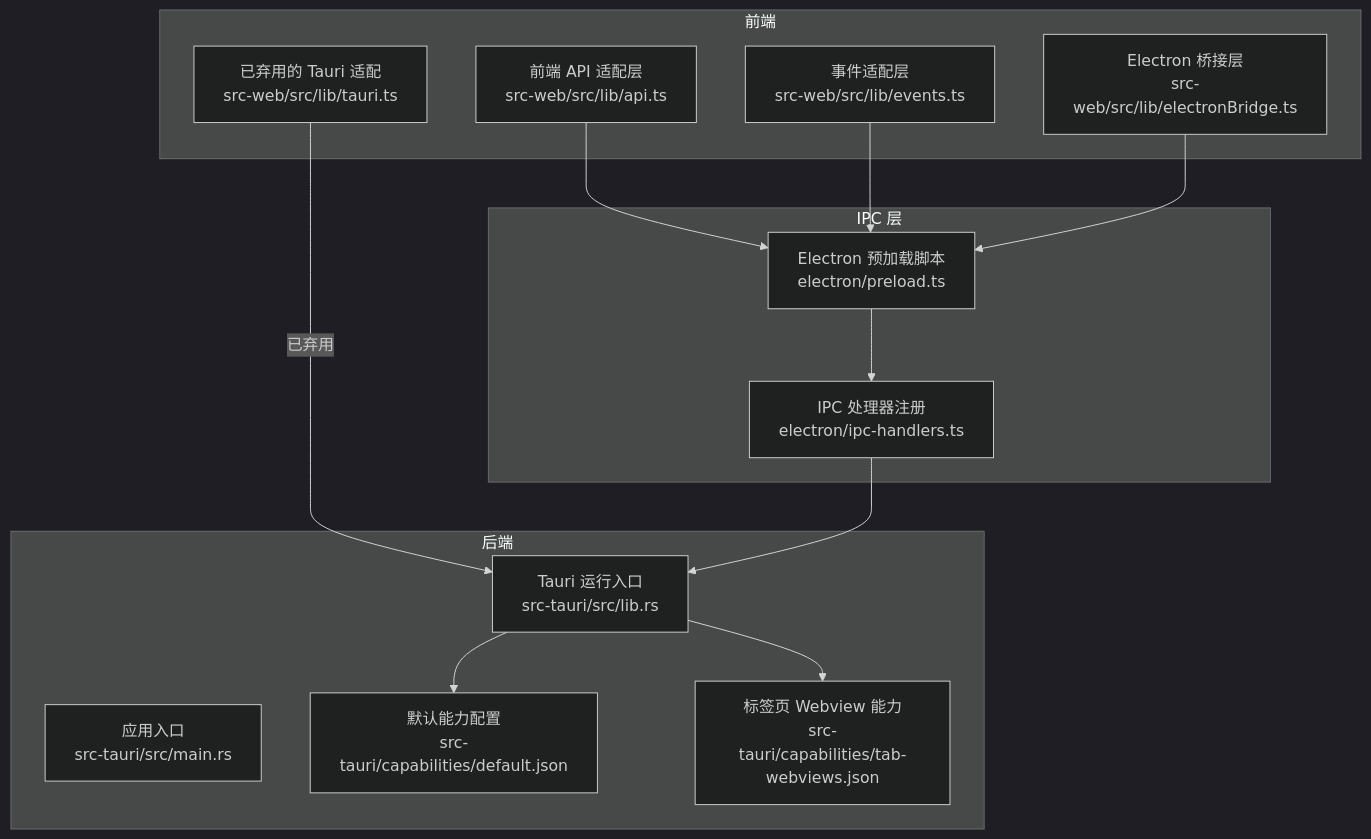
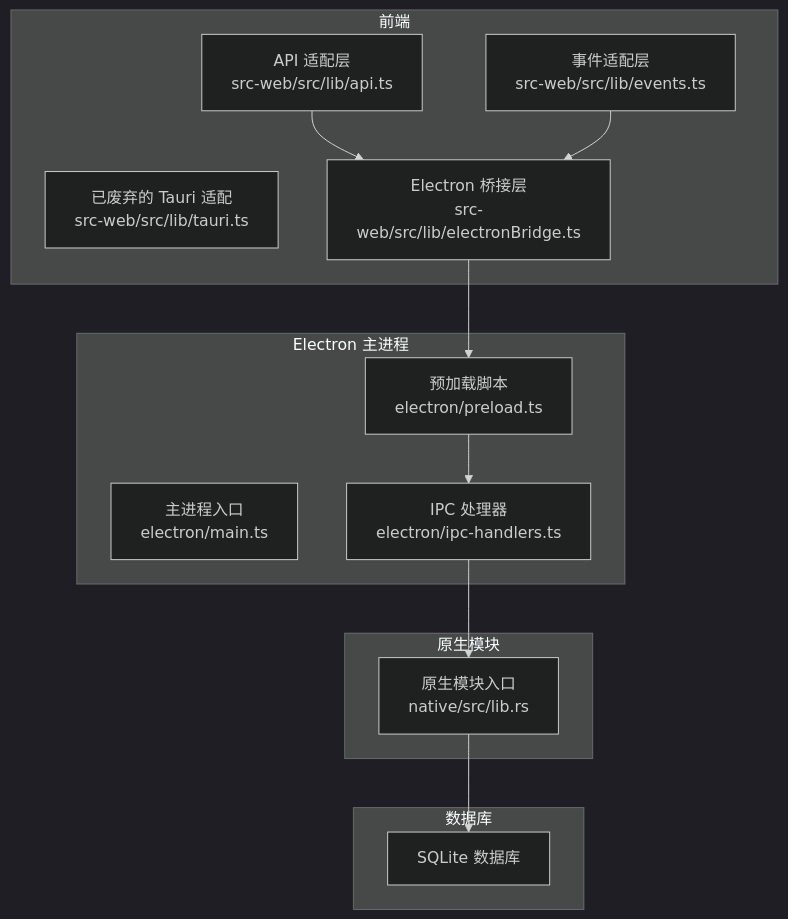
One commit to baike08/cosurf changed the first of 8 diagrams in .qoder/repowiki/zh/content/IPC 通信/Tauri IPC 机制.md. Above: the diagram before and after it, drawn with Mermaid (dark theme). The commit also changed other lines of this file and 15 other files, not shown here.

````diff
--- a/.qoder/repowiki/zh/content/IPC 通信/Tauri IPC 机制.md
+++ b/.qoder/repowiki/zh/content/IPC 通信/Tauri IPC 机制.md
@@ -42,27 +44,26 @@
 ```mermaid
 graph TB
 subgraph "前端"
-FE_API["前端 API 适配层<br/>src-web/src/lib/api.ts"]
+FE_API["API 适配层<br/>src-web/src/lib/api.ts"]
 FE_EVENTS["事件适配层<br/>src-web/src/lib/events.ts"]
-FE_TAURI["已弃用的 Tauri 适配<br/>src-web/src/lib/tauri.ts"]
+FE_TAURI["已废弃的 Tauri 适配<br/>src-web/src/lib/tauri.ts"]
 FE_ELECTRON["Electron 桥接层<br/>src-web/src/lib/electronBridge.ts"]
 end
-subgraph "后端"
-Tauri_RUN["Tauri 运行入口<br/>src-tauri/src/lib.rs"]
-MAIN["应用入口<br/>src-tauri/src/main.rs"]
-CAP_DEFAULT["默认能力配置<br/>src-tauri/capabilities/default.json"]
-CAP_TAB["标签页 Webview 能力<br/>src-tauri/capabilities/tab-webviews.json"]
+subgraph "Electron 主进程"
+MAIN["主进程入口<br/>electron/main.ts"]
+PRELOAD["预加载脚本<br/>electron/preload.ts"]
+IPC_HANDLERS["IPC 处理器<br/>electron/ipc-handlers.ts"]
 end
-subgraph "IPC 层"
-E_PRELOAD["Electron 预加载脚本<br/>electron/preload.ts"]
-E_HANDLERS["IPC 处理器注册<br/>electron/ipc-handlers.ts"]
+subgraph "原生模块"
+NATIVE_LIB["原生模块入口<br/>native/src/lib.rs"]
 end
-FE_API --> E_PRELOAD
-FE_EVENTS --> E_PRELOAD
-FE_ELECTRON --> E_PRELOAD
-FE_TAURI --> |"已弃用"| Tauri_RUN
-E_PRELOAD --> E_HANDLERS
-E_HANDLERS --> Tauri_RUN
-Tauri_RUN --> CAP_DEFAULT
-Tauri_RUN --> CAP_TAB
+subgraph "数据库"
+DB["SQLite 数据库"]
+end
+FE_API --> FE_ELECTRON
+FE_EVENTS --> FE_ELECTRON
+FE_ELECTRON --> PRELOAD
+PRELOAD --> IPC_HANDLERS
+IPC_HANDLERS --> NATIVE_LIB
+NATIVE_LIB --> DB
 ```
````
